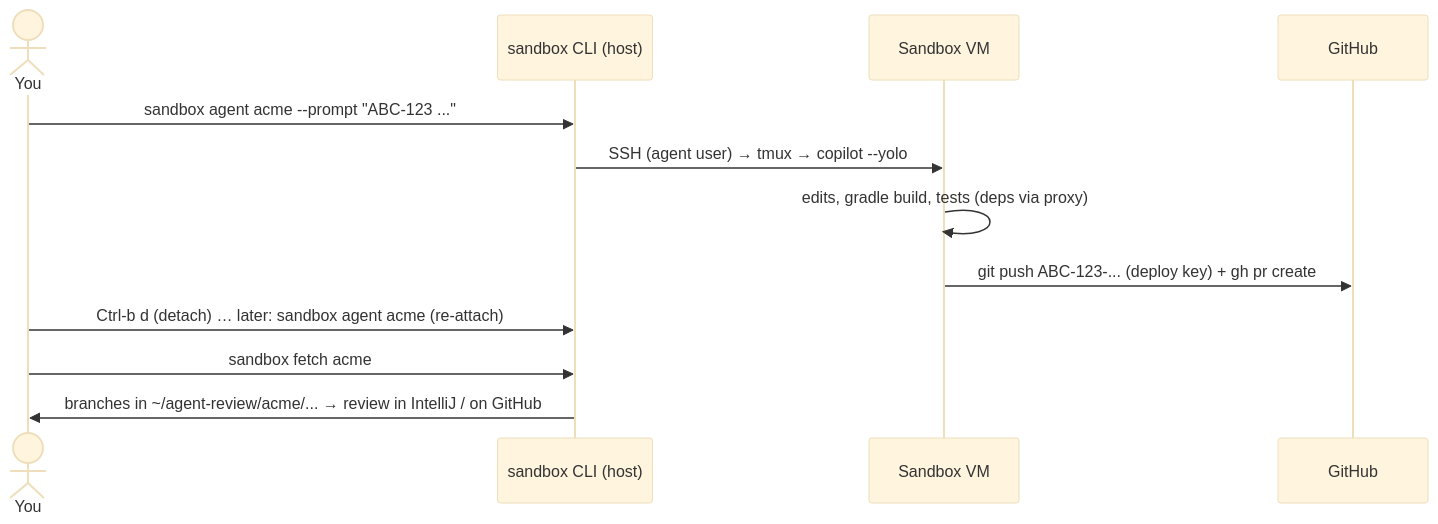
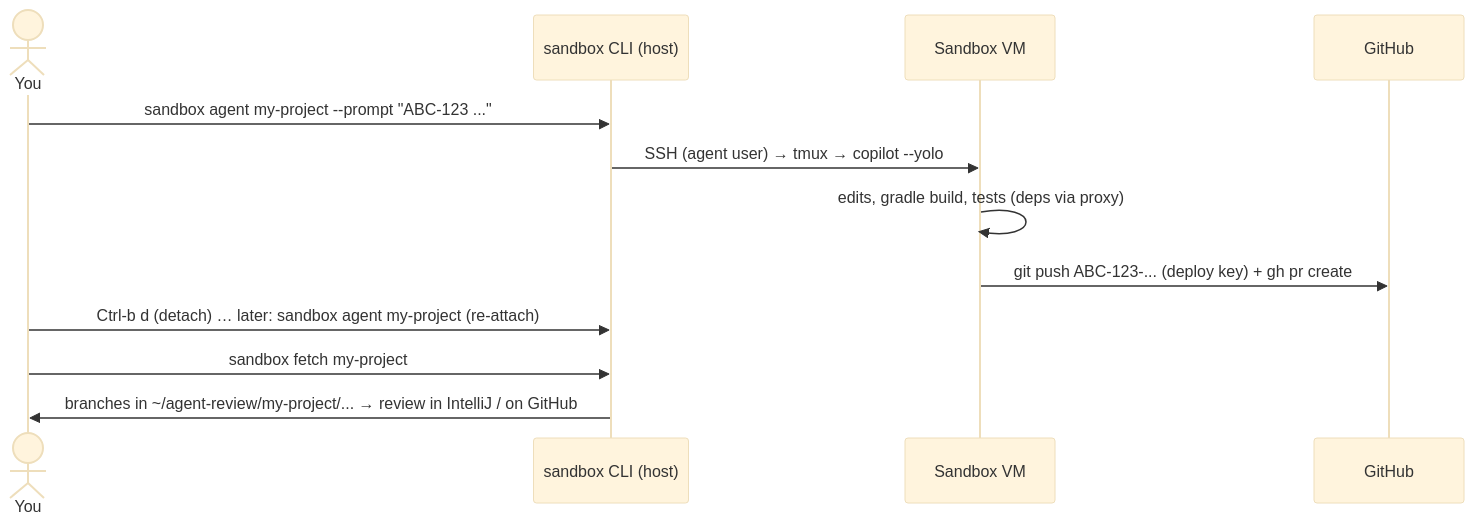
The diagram in docs/04-daily-workflow.md (rbrisuda/agent-sandbox), drawn with Mermaid (base theme) before and after one commit. The commit also changed other lines of this file and 12 other files, not shown here.

````diff
--- a/docs/04-daily-workflow.md
+++ b/docs/04-daily-workflow.md
@@ -3,14 +3,14 @@
 ```mermaid
 sequenceDiagram
   actor You
   participant Host as sandbox CLI (host)
   participant VM as Sandbox VM
   participant GH as GitHub
-  You->>Host: sandbox agent acme --prompt "ABC-123 ..."
+  You->>Host: sandbox agent my-project --prompt "ABC-123 ..."
   Host->>VM: SSH (agent user) → tmux → copilot --yolo
   VM->>VM: edits, gradle build, tests (deps via proxy)
   VM->>GH: git push ABC-123-... (deploy key) + gh pr create
-  You->>Host: Ctrl-b d (detach) … later: sandbox agent acme (re-attach)
-  You->>Host: sandbox fetch acme
-  Host->>You: branches in ~/agent-review/acme/... → review in IntelliJ / on GitHub
+  You->>Host: Ctrl-b d (detach) … later: sandbox agent my-project (re-attach)
+  You->>Host: sandbox fetch my-project
+  Host->>You: branches in ~/agent-review/my-project/... → review in IntelliJ / on GitHub
 ```
````
